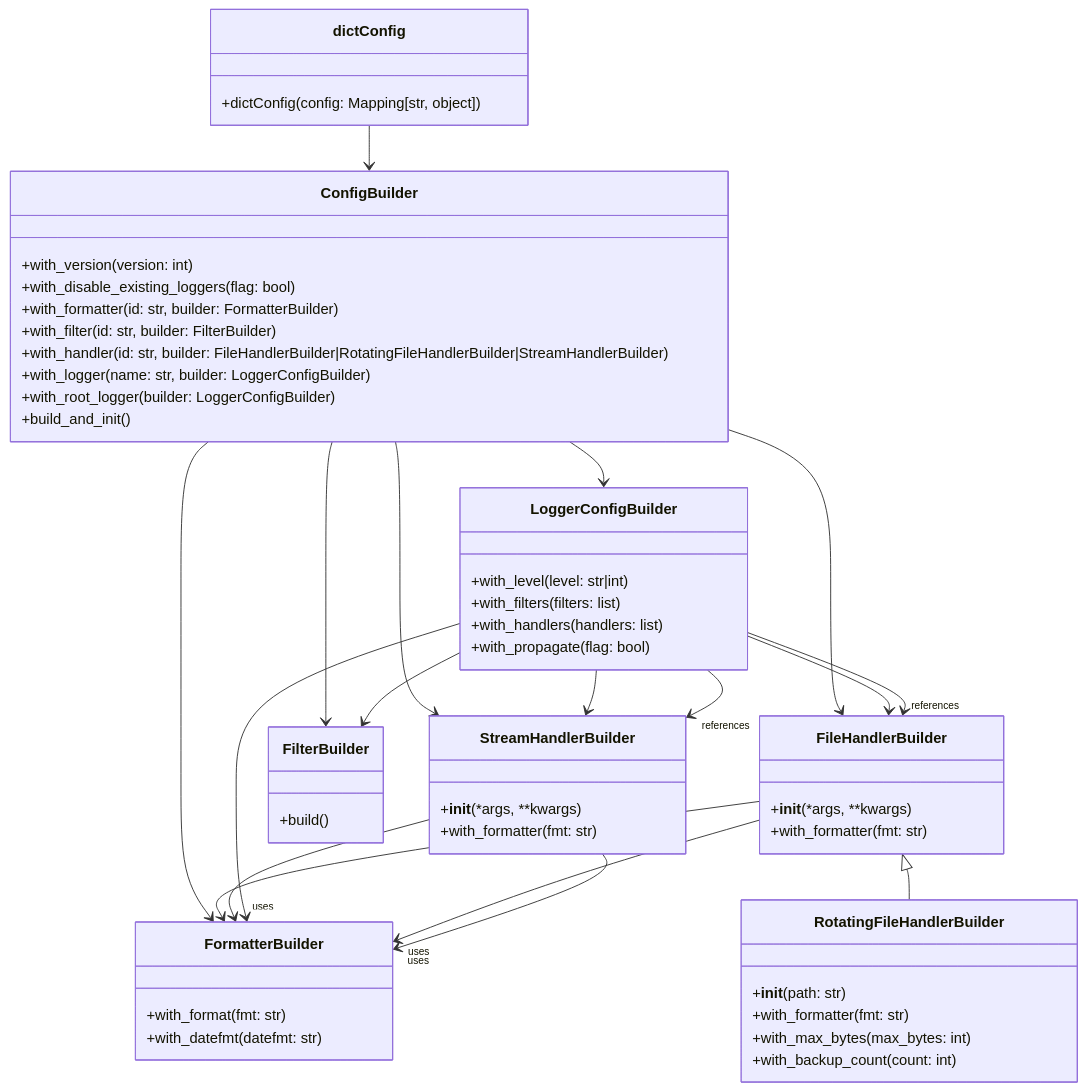
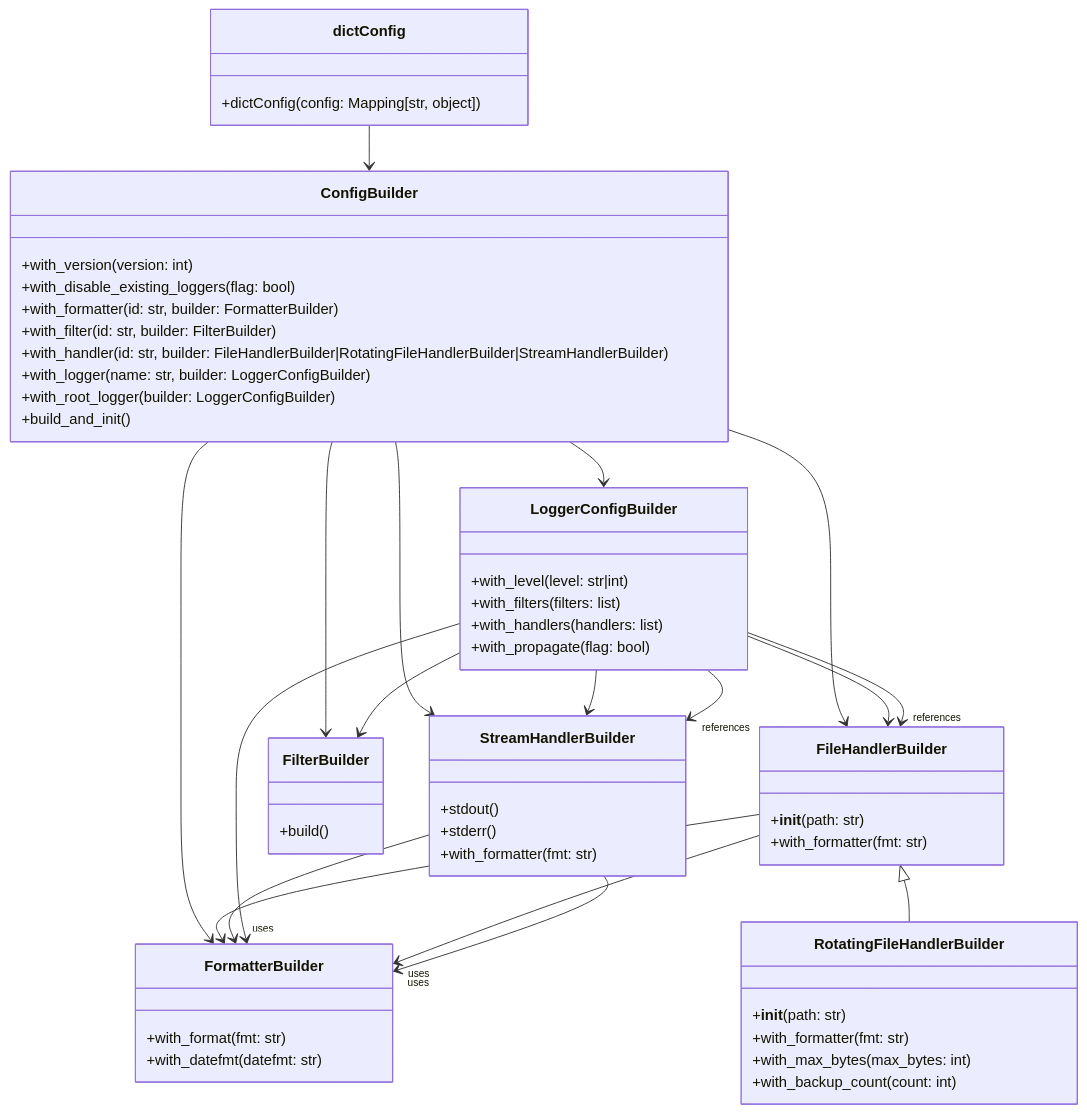
Before and after one commit to leynos/femtologging: the first of 5 diagrams in docs/configuration-design.md, drawn with Mermaid. The commit also changed other lines of this file and 3 other files, not shown here.

````diff
--- a/docs/configuration-design.md
+++ b/docs/configuration-design.md
@@ -403,60 +413,61 @@
 ```mermaid
 classDiagram
     class ConfigBuilder {
         +with_version(version: int)
         +with_disable_existing_loggers(flag: bool)
         +with_formatter(id: str, builder: FormatterBuilder)
         +with_filter(id: str, builder: FilterBuilder)
         +with_handler(id: str, builder: FileHandlerBuilder|RotatingFileHandlerBuilder|StreamHandlerBuilder)
         +with_logger(name: str, builder: LoggerConfigBuilder)
         +with_root_logger(builder: LoggerConfigBuilder)
         +build_and_init()
     }
     class FormatterBuilder {
         +with_format(fmt: str)
         +with_datefmt(datefmt: str)
     }
     class FileHandlerBuilder {
-        +__init__(*args, **kwargs)
+        +__init__(path: str)
         +with_formatter(fmt: str)
     }
     class RotatingFileHandlerBuilder {
         +__init__(path: str)
         +with_formatter(fmt: str)
         +with_max_bytes(max_bytes: int)
         +with_backup_count(count: int)
     }
     class StreamHandlerBuilder {
-        +__init__(*args, **kwargs)
+        +stdout()
+        +stderr()
         +with_formatter(fmt: str)
     }
     class FilterBuilder {
         +build()
     }
     class LoggerConfigBuilder {
         +with_level(level: str|int)
         +with_filters(filters: list)
         +with_handlers(handlers: list)
         +with_propagate(flag: bool)
     }
     class dictConfig {
         +dictConfig(config: Mapping[str, object])
     }
     dictConfig --> ConfigBuilder
     ConfigBuilder --> FormatterBuilder
     ConfigBuilder --> FileHandlerBuilder
     ConfigBuilder --> StreamHandlerBuilder
     ConfigBuilder --> FilterBuilder
     ConfigBuilder --> LoggerConfigBuilder
     FileHandlerBuilder <|-- RotatingFileHandlerBuilder
     LoggerConfigBuilder --> FileHandlerBuilder
     LoggerConfigBuilder --> StreamHandlerBuilder
     FileHandlerBuilder --> FormatterBuilder
     StreamHandlerBuilder --> FormatterBuilder
     LoggerConfigBuilder --> FilterBuilder
     LoggerConfigBuilder --> "uses" FormatterBuilder
     LoggerConfigBuilder --> "references" FileHandlerBuilder
     LoggerConfigBuilder --> "references" StreamHandlerBuilder
     FileHandlerBuilder --> "uses" FormatterBuilder
     StreamHandlerBuilder --> "uses" FormatterBuilder
 ```
````
